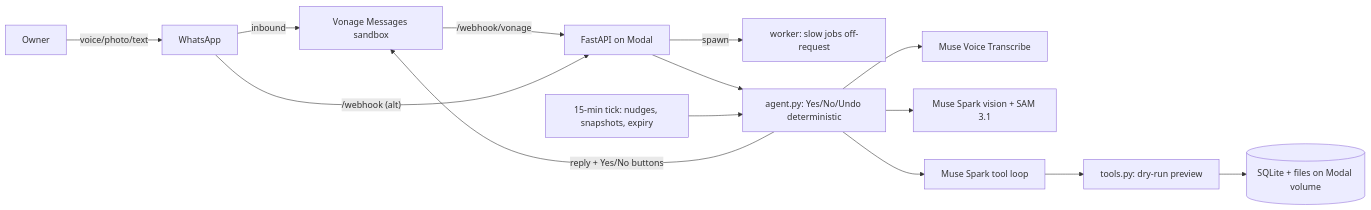
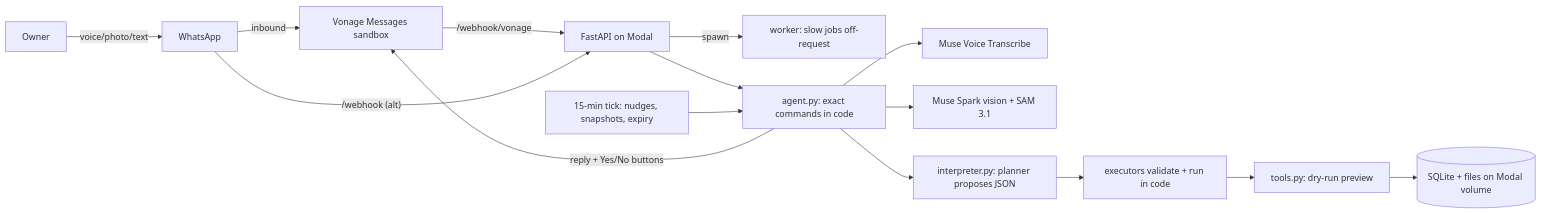
The diagram in README.md (DonovandeKlerk/sisi), drawn with Mermaid before and after one commit. The commit also changed other lines of this file and 22 other files, not shown here.

First line of the commit message:
Unified AI interpretation: planner proposes, code executes

````diff
--- a/README.md
+++ b/README.md
@@ -14,16 +14,17 @@
 ```mermaid
 flowchart LR
     Owner -- voice/photo/text --> WA[WhatsApp]
     WA -- inbound --> VON[Vonage Messages sandbox]
     VON -- "/webhook/vonage" --> API[FastAPI on Modal]
     WA -- "/webhook (alt)" --> API
     API -- spawn --> Worker[worker: slow jobs off-request]
-    API --> Agent[agent.py: Yes/No/Undo deterministic]
+    API --> Agent[agent.py: exact commands in code]
     Agent --> Voice[Muse Voice Transcribe]
     Agent --> Vision[Muse Spark vision + SAM 3.1]
-    Agent --> LLM[Muse Spark tool loop]
-    LLM --> Tools[tools.py: dry-run preview]
+    Agent --> Plan[interpreter.py: planner proposes JSON]
+    Plan --> Exec[executors validate + run in code]
+    Exec --> Tools[tools.py: dry-run preview]
     Tools --> DB[(SQLite + files on Modal volume)]
     Agent -- reply + Yes/No buttons --> VON
     CRON[15-min tick: nudges, snapshots, expiry] --> Agent
 ```
````
